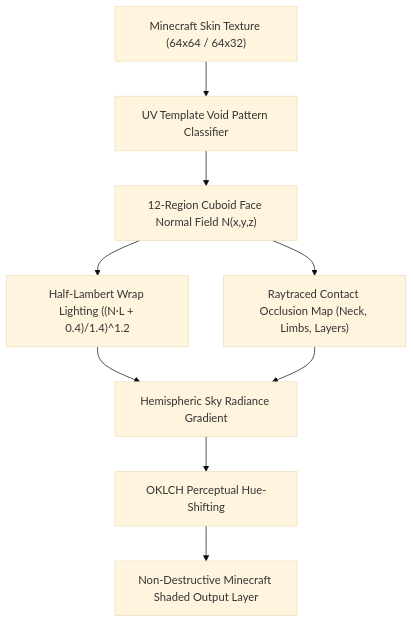
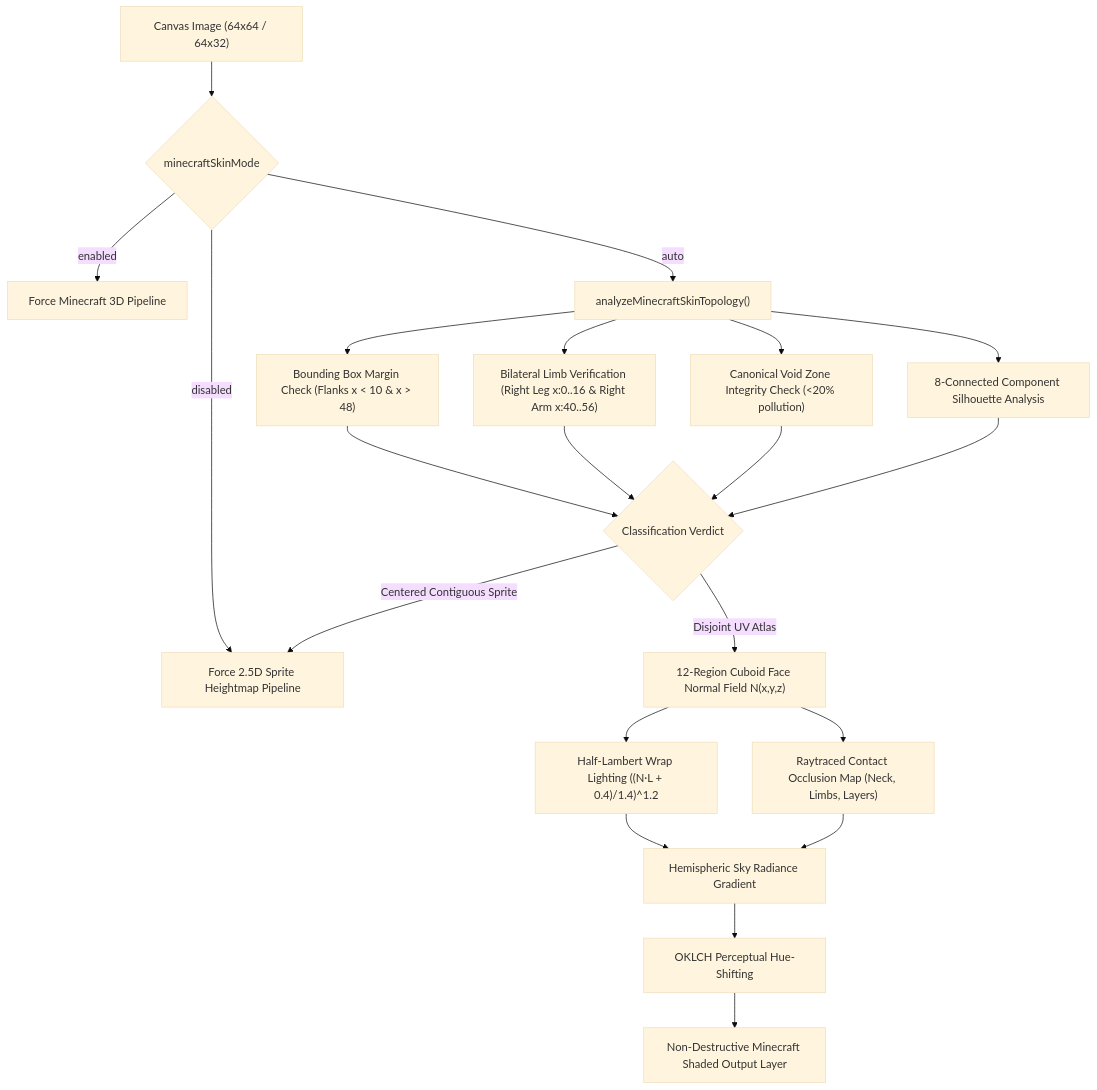
The fourth of 6 diagrams in ARCHITECTURE.md (lxcario/PixiBun), drawn with Mermaid (base theme) before and after one commit. The commit also changed other lines of this file and 13 other files, not shown here.

````diff
--- a/ARCHITECTURE.md
+++ b/ARCHITECTURE.md
@@ -236,10 +236,19 @@
 ```mermaid
 graph TD
-    Skin["Minecraft Skin Texture (64x64 / 64x32)"] --> Detect["UV Template Void Pattern Classifier"]
-    Detect --> UVMap["12-Region Cuboid Face Normal Field N(x,y,z)"]
+    Canvas["Canvas Image (64x64 / 64x32)"] --> ModeCheck{"minecraftSkinMode"}
+    ModeCheck -->|enabled| ForceSkin["Force Minecraft 3D Pipeline"]
+    ModeCheck -->|disabled| Force2p5D["Force 2.5D Sprite Heightmap Pipeline"]
+    ModeCheck -->|auto| TopoAnalysis["analyzeMinecraftSkinTopology()"]
+    TopoAnalysis --> BoundingBox["Bounding Box Margin Check (Flanks x < 10 & x > 48)"]
+    TopoAnalysis --> Limbs["Bilateral Limb Verification (Right Leg x:0..16 & Right Arm x:40..56)"]
+    TopoAnalysis --> Voids["Canonical Void Zone Integrity Check (<20% pollution)"]
+    TopoAnalysis --> Components["8-Connected Component Silhouette Analysis"]
+    BoundingBox & Limbs & Voids & Components --> Decision{"Classification Verdict"}
+    Decision -->|Disjoint UV Atlas| UVMap["12-Region Cuboid Face Normal Field N(x,y,z)"]
+    Decision -->|Centered Contiguous Sprite| Force2p5D
     UVMap --> HalfLambert["Half-Lambert Wrap Lighting ((N·L + 0.4)/1.4)^1.2"]
     UVMap --> ContactAO["Raytraced Contact Occlusion Map (Neck, Limbs, Layers)"]
     HalfLambert & ContactAO --> SkyDome["Hemispheric Sky Radiance Gradient"]
     SkyDome --> OKLCH["OKLCH Perceptual Hue-Shifting"]
     OKLCH --> FinalSkin["Non-Destructive Minecraft Shaded Output Layer"]
 ```
````
